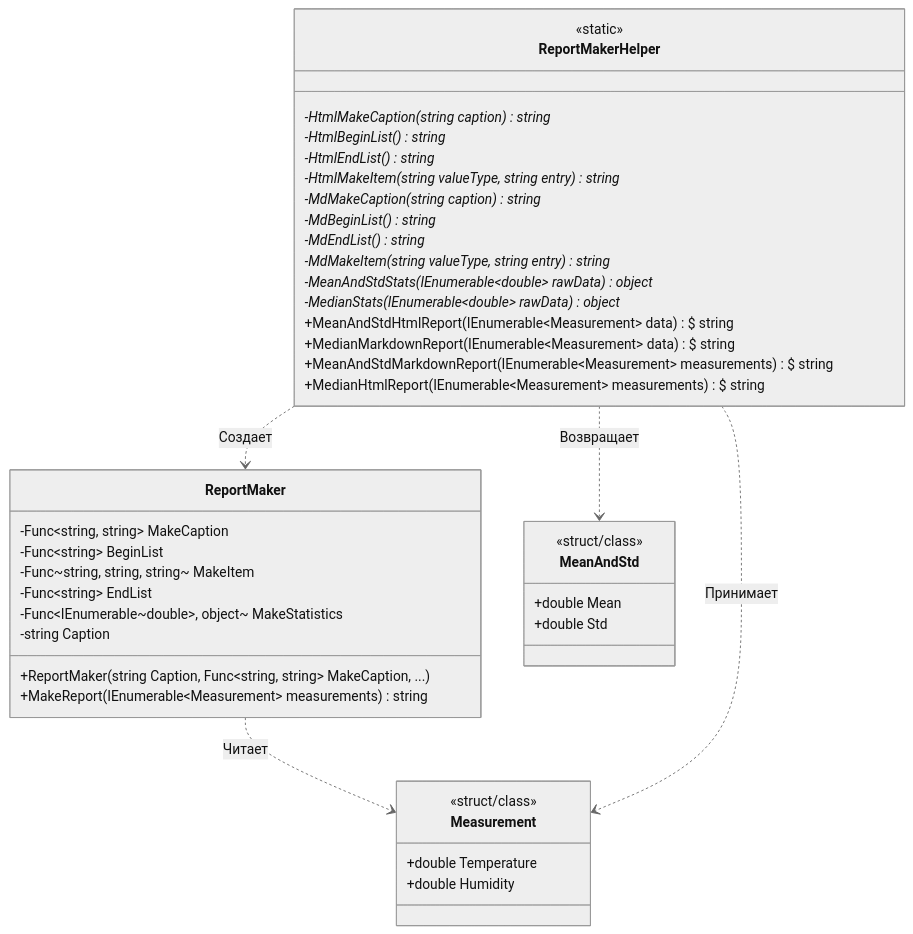
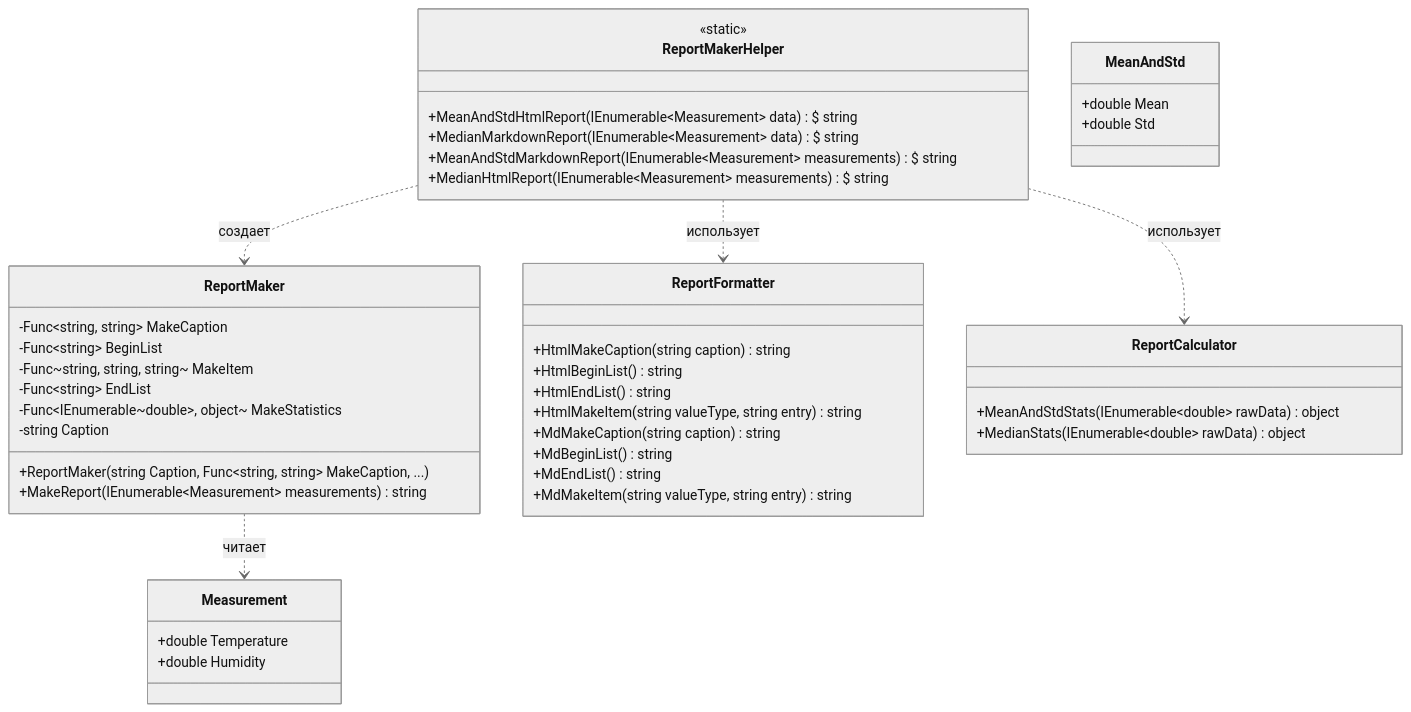
The diagram in report_generator.md (Du2Vi-lab/Ulearn-Tasks), drawn with Mermaid (neutral theme) before and after one commit.

Commit message:
report_generator.md

````diff
--- a/report_generator.md
+++ b/report_generator.md
@@ -11,48 +11,52 @@
 ```mermaid
 classDiagram
     class ReportMaker {
         -Func~string, string~ MakeCaption
         -Func~string~ BeginList
         -Func~string, string, string~ MakeItem
         -Func~string~ EndList
         -Func~IEnumerable~double~, object~ MakeStatistics
         -string Caption
         +ReportMaker(string Caption, Func~string, string~ MakeCaption, ...)
         +MakeReport(IEnumerable~Measurement~ measurements) string
     }
 
+    class ReportFormatter {
+        +HtmlMakeCaption(string caption) string
+        +HtmlBeginList() string
+        +HtmlEndList() string
+        +HtmlMakeItem(string valueType, string entry) string
+        +MdMakeCaption(string caption) string
+        +MdBeginList() string
+        +MdEndList() string
+        +MdMakeItem(string valueType, string entry) string
+    }
+
+    class ReportCalculator {
+        +MeanAndStdStats(IEnumerable~double~ rawData) object
+        +MedianStats(IEnumerable~double~ rawData) object
+    }
+
     class ReportMakerHelper {
         <<static>>
-        -HtmlMakeCaption(string caption)* string
-        -HtmlBeginList()* string
-        -HtmlEndList()* string
-        -HtmlMakeItem(string valueType, string entry)* string
-        -MdMakeCaption(string caption)* string
-        -MdBeginList()* string
-        -MdEndList()* string
-        -MdMakeItem(string valueType, string entry)* string
-        -MeanAndStdStats(IEnumerable~double~ rawData)* object
-        -MedianStats(IEnumerable~double~ rawData)* object
         +MeanAndStdHtmlReport(IEnumerable~Measurement~ data)\$ string
         +MedianMarkdownReport(IEnumerable~Measurement~ data)\$ string
         +MeanAndStdMarkdownReport(IEnumerable~Measurement~ measurements)\$ string
         +MedianHtmlReport(IEnumerable~Measurement~ measurements)\$ string
     }
 
     class Measurement {
-        <<struct/class>>
         +double Temperature
         +double Humidity
     }
 
     class MeanAndStd {
-        <<struct/class>>
         +double Mean
         +double Std
     }
 
-    ReportMakerHelper ..> ReportMaker : Создает
-    ReportMaker ..> Measurement : Читает
-    ReportMakerHelper ..> Measurement : Принимает
-    ReportMakerHelper ..> MeanAndStd : Возвращает
+    ReportMakerHelper ..> ReportMaker : создает
+    ReportMakerHelper ..> ReportFormatter : использует
+    ReportMakerHelper ..> ReportCalculator : использует
+    ReportMaker ..> Measurement : читает
 ```
````
